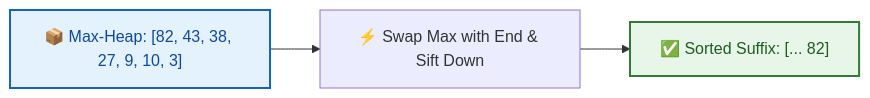
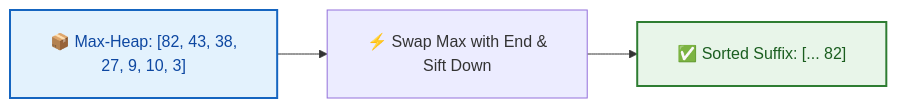
Before and after one commit to dip4k/DSA_102: the fourth of 7 diagrams in week_03_foundations_iii_sorting_and_hashing/Week_03_Visual_Concepts_Playbook_HYBRID.md, drawn with Mermaid. The commit also changed other lines of this file and 108 other files, not shown here.

First line of the commit message:
fix(mermaid): resolve diagram clipping, padding, and syntax issues across repo

````diff
--- a/week_03_foundations_iii_sorting_and_hashing/Week_03_Visual_Concepts_Playbook_HYBRID.md
+++ b/week_03_foundations_iii_sorting_and_hashing/Week_03_Visual_Concepts_Playbook_HYBRID.md
@@ -418,11 +421,12 @@
 ```mermaid
+%%{init: {"flowchart": {"htmlLabels": true, "padding": 20}}}%%
 flowchart LR
     classDef heap fill:#e3f2fd,stroke:#1565c0,stroke-width:2px,color:#0d47a1
     classDef sorted fill:#e8f5e9,stroke:#2e7d32,stroke-width:2px,color:#1b5e20
 
-    H["📦 Max-Heap: [82, 43, 38, 27, 9, 10, 3]"]:::heap
-    Ext["⚡ Swap Max with End & Sift Down"]
+    H["📦 Max-Heap: [82, 43, 38,<br/>27, 9, 10, 3]"]:::heap
+    Ext["⚡ Swap Max with End &<br/>Sift Down"]
     S["✅ Sorted Suffix: [... 82]"]:::sorted
 
     H --> Ext --> S
 ```
````
